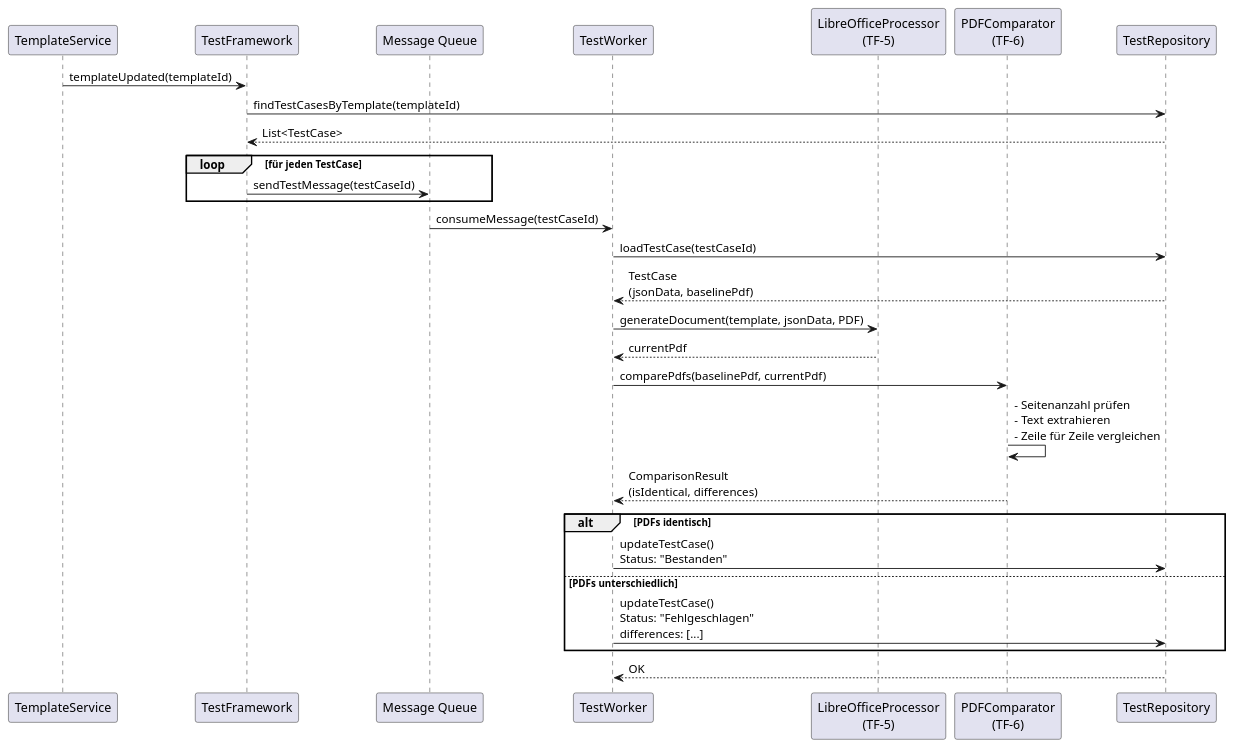
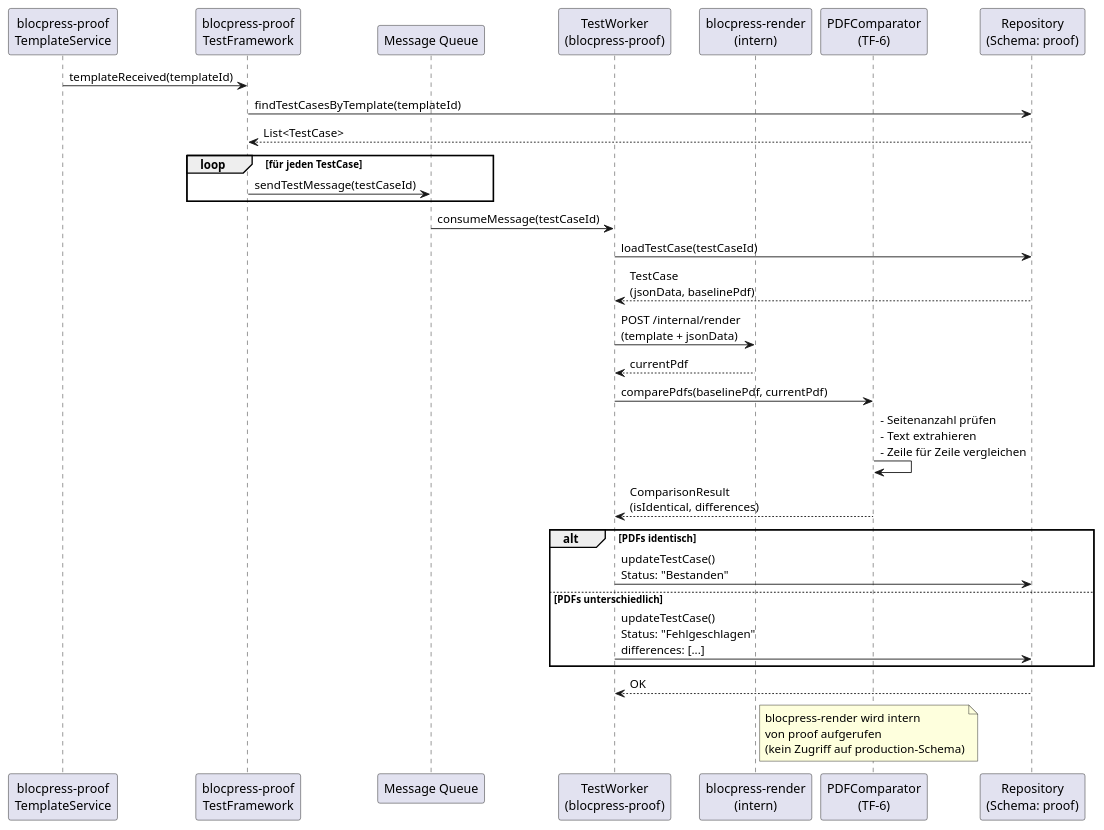
The ninth of 15 diagrams in docs/arc42.adoc (flaechsig/blocpress), drawn with PlantUML before and after one commit. The commit also changed other lines of this file and 5 other files, not shown here.

```diff
--- a/docs/arc42.adoc
+++ b/docs/arc42.adoc
@@ -796,37 +869,43 @@
 [plantuml, laufzeit-regression-test, svg]
 ----
 @startuml
-participant "TemplateService" as Template
-participant "TestFramework" as TF
+participant "blocpress-proof\nTemplateService" as Template
+participant "blocpress-proof\nTestFramework" as TF
 participant "Message Queue" as MQ
-participant "TestWorker" as Worker
-participant "LibreOfficeProcessor\n(TF-5)" as LO
+participant "TestWorker\n(blocpress-proof)" as Worker
+participant "blocpress-render\n(intern)" as Render
 participant "PDFComparator\n(TF-6)" as Compare
-participant "TestRepository" as Repo
+participant "Repository\n(Schema: proof)" as Repo
 
-Template -> TF : templateUpdated(templateId)
+Template -> TF : templateReceived(templateId)
 TF -> Repo : findTestCasesByTemplate(templateId)
 Repo --> TF : List<TestCase>
 
 loop für jeden TestCase
   TF -> MQ : sendTestMessage(testCaseId)
 end
 
 MQ -> Worker : consumeMessage(testCaseId)
 Worker -> Repo : loadTestCase(testCaseId)
 Repo --> Worker : TestCase\n(jsonData, baselinePdf)
-Worker -> LO : generateDocument(template, jsonData, PDF)
-LO --> Worker : currentPdf
+Worker -> Render : POST /internal/render\n(template + jsonData)
+Render --> Worker : currentPdf
 Worker -> Compare : comparePdfs(baselinePdf, currentPdf)
 Compare -> Compare : - Seitenanzahl prüfen\n- Text extrahieren\n- Zeile für Zeile vergleichen
 Compare --> Worker : ComparisonResult\n(isIdentical, differences)
 
 alt PDFs identisch
   Worker -> Repo : updateTestCase()\nStatus: "Bestanden"
 else PDFs unterschiedlich
   Worker -> Repo : updateTestCase()\nStatus: "Fehlgeschlagen"\ndifferences: [...]
 end
 
 Repo --> Worker : OK
+
+note right of Render
+  blocpress-render wird intern
+  von proof aufgerufen
+  (kein Zugriff auf production-Schema)
+end note
 @enduml
 ----
```
